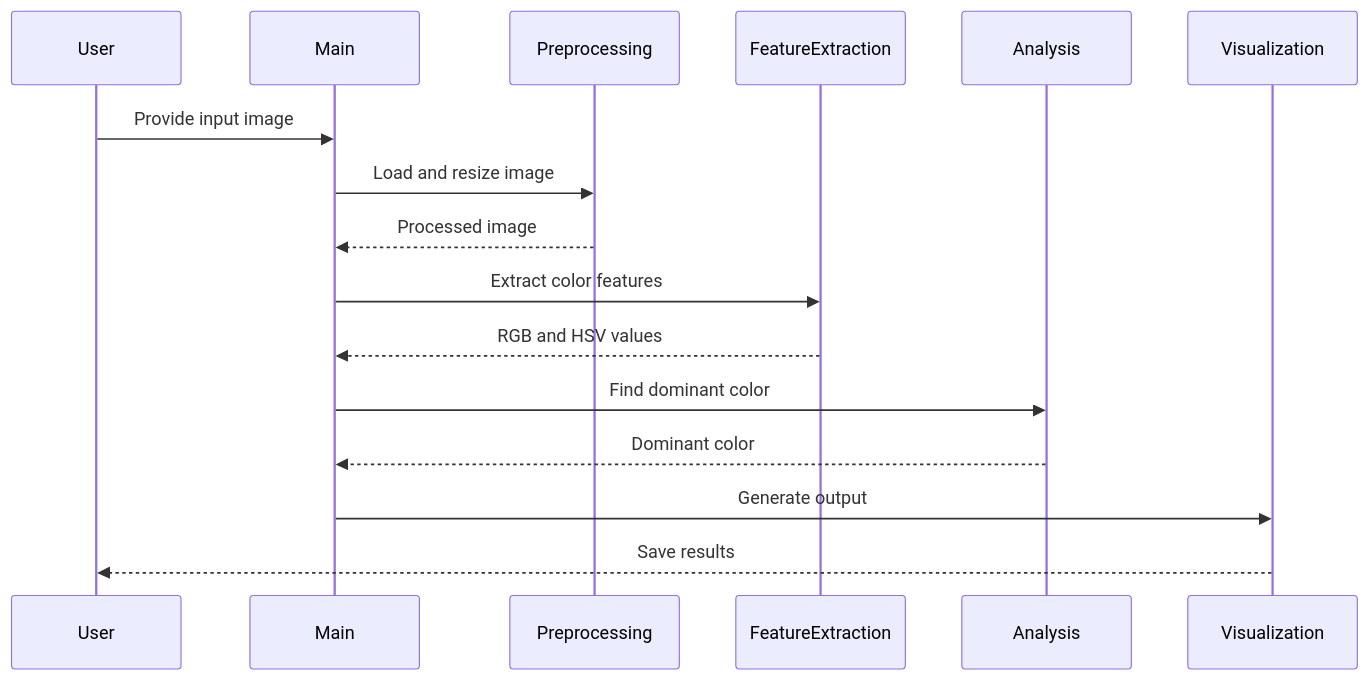
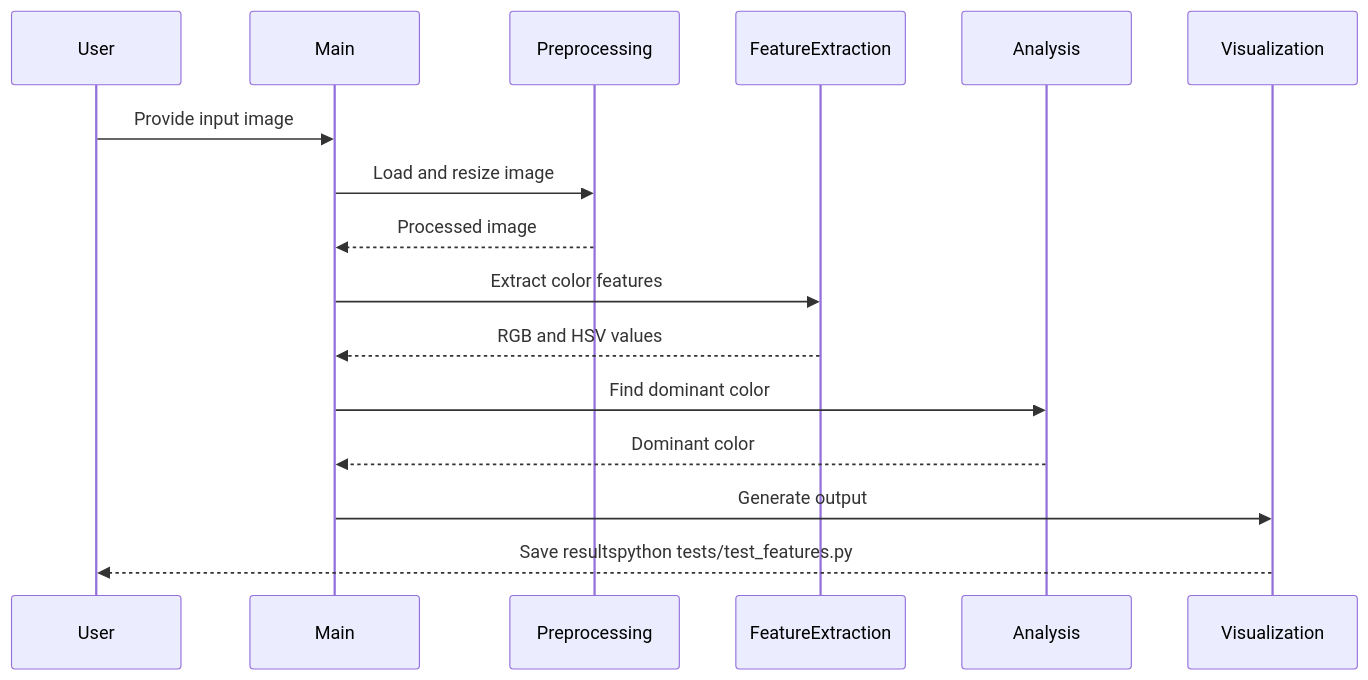
The fifth of 5 diagrams in README.md (aditysingh0404/ColourVision), drawn with Mermaid before and after one commit. The commit also changed other lines of this file, not shown here.

````diff
--- a/README.md
+++ b/README.md
@@ -212,19 +226,19 @@
 ```mermaid
 sequenceDiagram
     participant User
     participant Main
     participant Preprocessing
     participant FeatureExtraction
     participant Analysis
     participant Visualization
 
     User->>Main: Provide input image
     Main->>Preprocessing: Load and resize image
     Preprocessing-->>Main: Processed image
     Main->>FeatureExtraction: Extract color features
     FeatureExtraction-->>Main: RGB and HSV values
     Main->>Analysis: Find dominant color
     Analysis-->>Main: Dominant color
     Main->>Visualization: Generate output
-    Visualization-->>User: Save results
+    Visualization-->>User: Save resultspython tests/test_features.py
 ```
````
